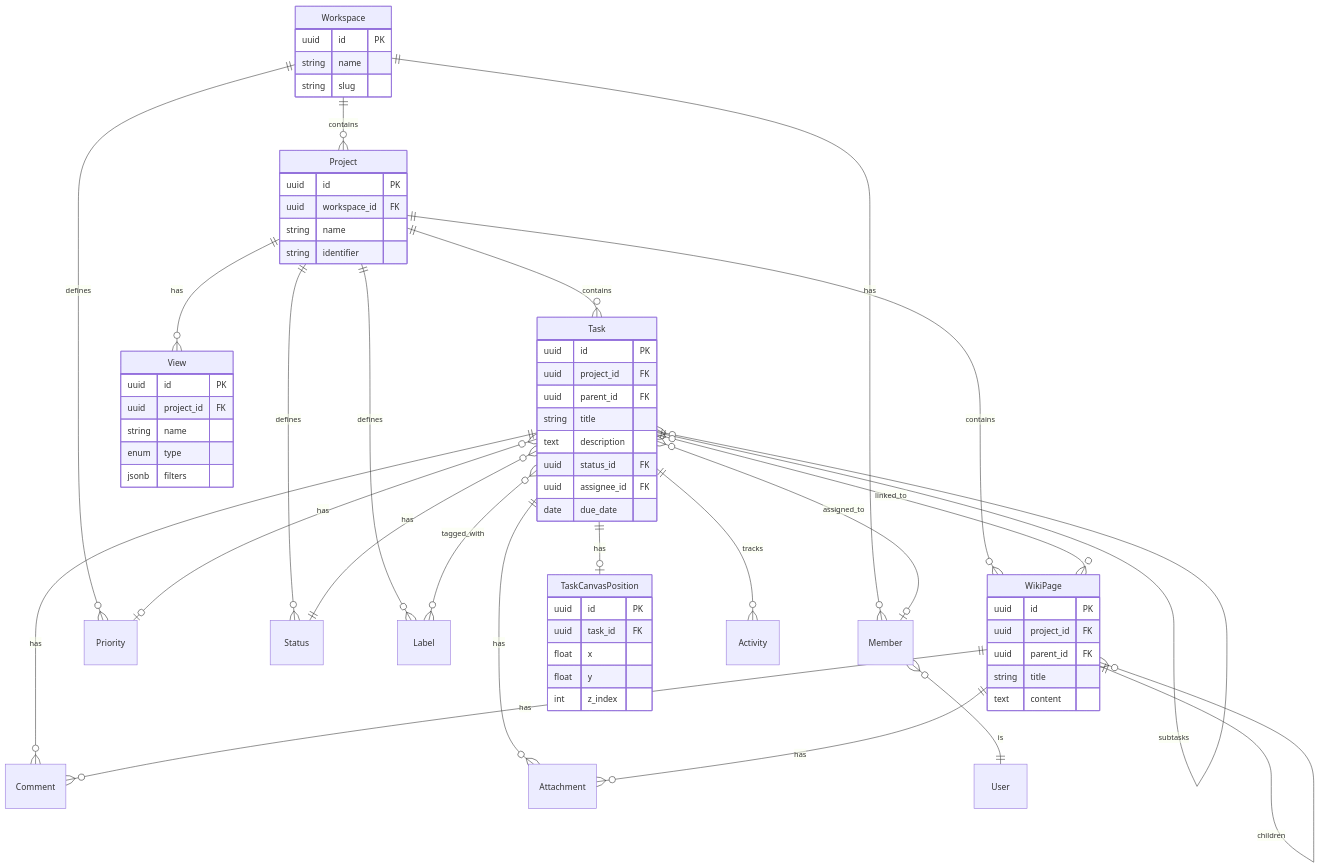
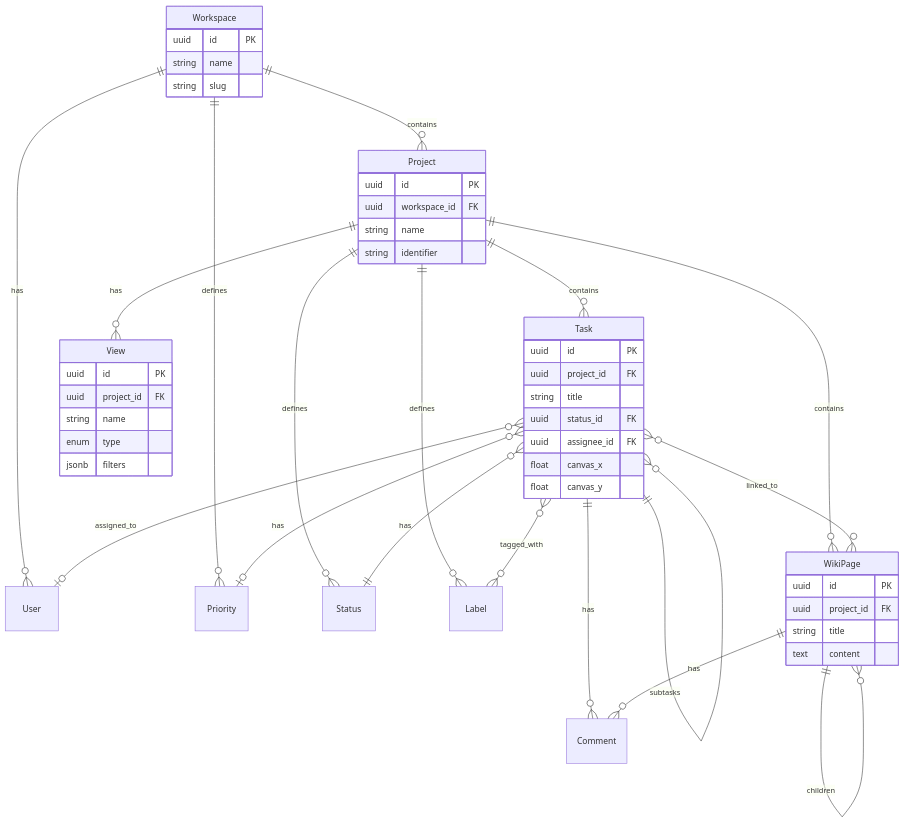
The diagram in DATA-MODEL.md (davras5/task-canvas), drawn with Mermaid before and after one commit. The commit also changed other lines of this file, not shown here.

````diff
--- a/DATA-MODEL.md
+++ b/DATA-MODEL.md
@@ -7,77 +7,61 @@
 ```mermaid
 erDiagram
     Workspace ||--o{ Project : contains
-    Workspace ||--o{ Member : has
+    Workspace ||--o{ User : has
     Workspace ||--o{ Priority : defines
     
     Project ||--o{ Task : contains
     Project ||--o{ Status : defines
     Project ||--o{ Label : defines
     Project ||--o{ WikiPage : contains
     Project ||--o{ View : has
     
-    Task ||--o| TaskCanvasPosition : has
     Task ||--o{ Task : subtasks
     Task }o--|| Status : has
     Task }o--o| Priority : has
-    Task }o--o| Member : assigned_to
+    Task }o--o| User : assigned_to
     Task ||--o{ Comment : has
-    Task ||--o{ Attachment : has
-    Task ||--o{ Activity : tracks
     Task }o--o{ Label : tagged_with
     Task }o--o{ WikiPage : linked_to
     
     WikiPage ||--o{ WikiPage : children
     WikiPage ||--o{ Comment : has
-    WikiPage ||--o{ Attachment : has
-    
-    Member }o--|| User : is
     
     Workspace {
         uuid id PK
         string name
         string slug
     }
     
     Project {
         uuid id PK
         uuid workspace_id FK
         string name
         string identifier
     }
     
     Task {
         uuid id PK
         uuid project_id FK
-        uuid parent_id FK
         string title
-        text description
         uuid status_id FK
         uuid assignee_id FK
-        date due_date
-    }
-    
-    TaskCanvasPosition {
-        uuid id PK
-        uuid task_id FK
-        float x
-        float y
-        int z_index
+        float canvas_x
+        float canvas_y
     }
     
     WikiPage {
         uuid id PK
         uuid project_id FK
-        uuid parent_id FK
         string title
         text content
     }
     
     View {
         uuid id PK
         uuid project_id FK
         string name
         enum type
         jsonb filters
     }
 ```
````
